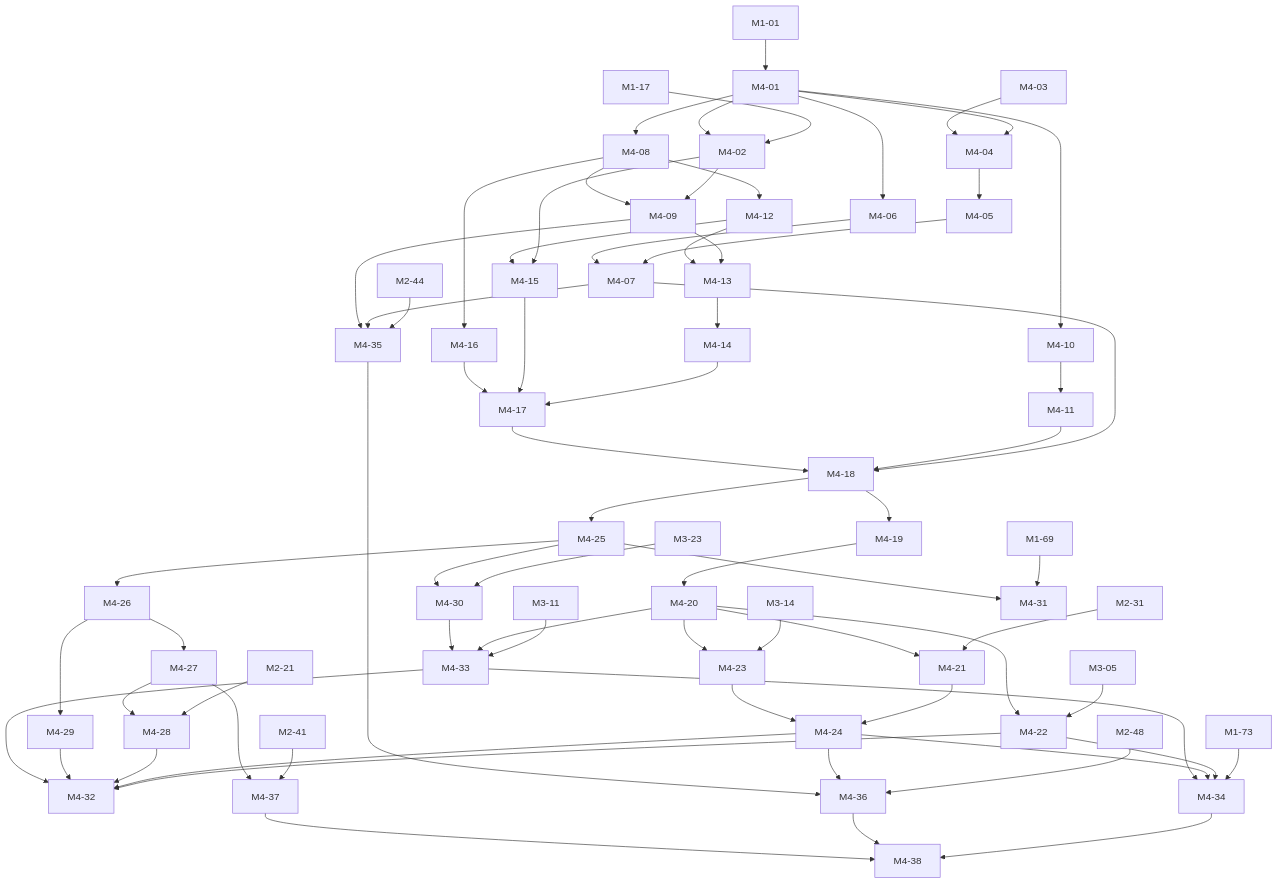
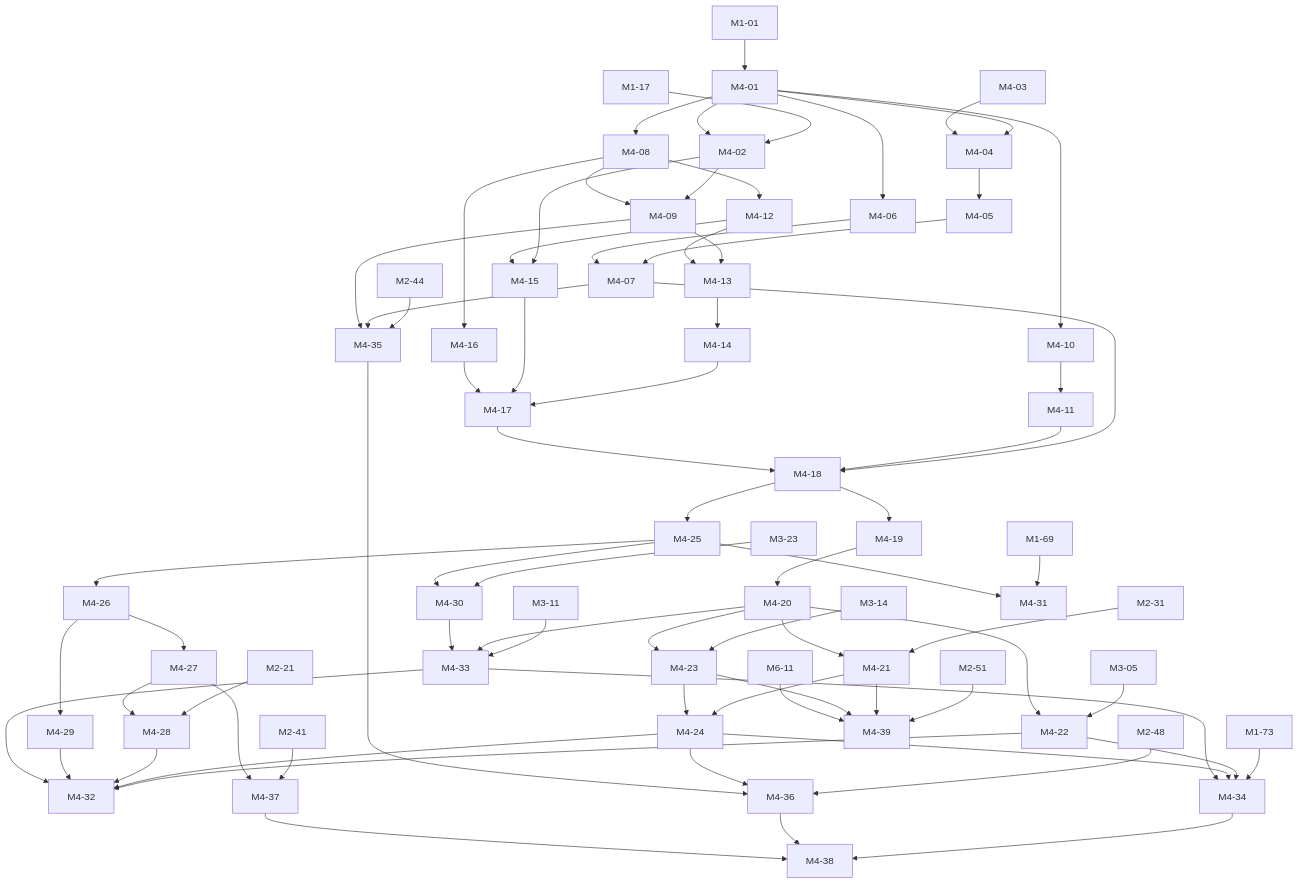
The fourth of 8 diagrams in docs/briefs/README.md (mguttmann/bothy), drawn with Mermaid before and after one commit. The commit also changed other lines of this file and 16 other files, not shown here.

First line of the commit message:
docs(spec): run graph and control room design with tickets M2-51, M4-39, M5-14 (#343)

````diff
--- a/docs/briefs/README.md
+++ b/docs/briefs/README.md
@@ -913,6 +918,7 @@
   M2_41["M2-41"]
   M2_44["M2-44"]
   M2_48["M2-48"]
+  M2_51["M2-51"]
   M3_05["M3-05"]
   M3_11["M3-11"]
   M3_14["M3-14"]
@@ -955,6 +961,8 @@
   M4_36["M4-36"]
   M4_37["M4-37"]
   M4_38["M4-38"]
+  M4_39["M4-39"]
+  M6_11["M6-11"]
   M1_01 --> M4_01
   M1_17 --> M4_02
   M4_01 --> M4_02
@@ -1025,4 +1033,8 @@
   M4_34 --> M4_38
   M4_36 --> M4_38
   M4_37 --> M4_38
+  M2_51 --> M4_39
+  M4_21 --> M4_39
+  M4_23 --> M4_39
+  M6_11 --> M4_39
 ```
````
